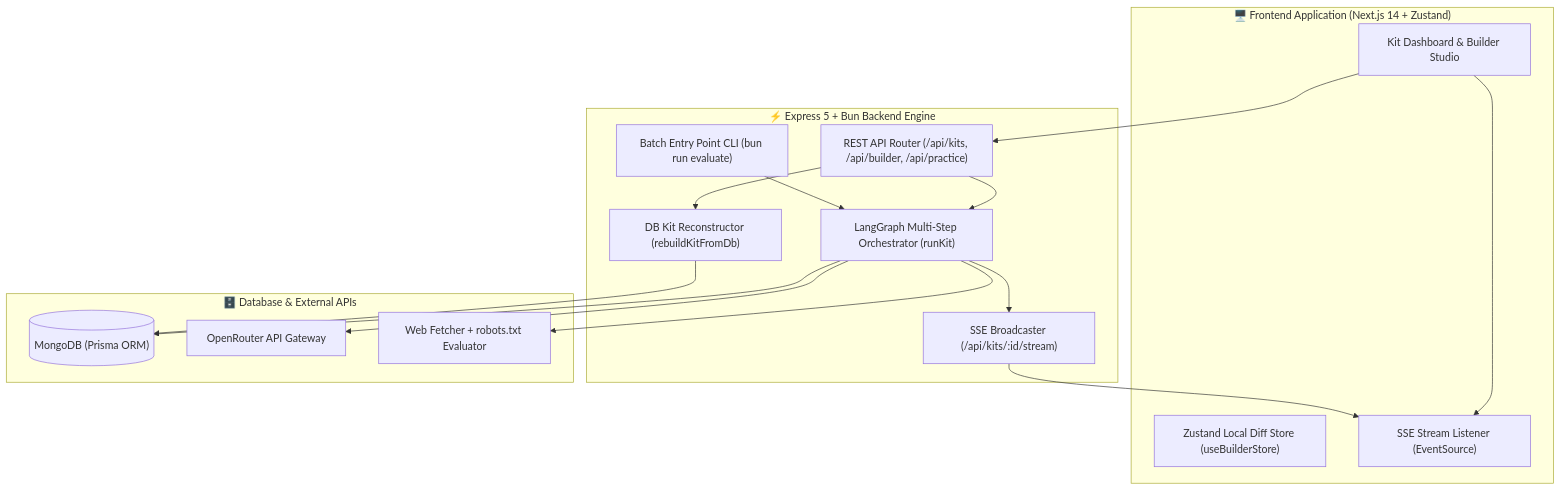
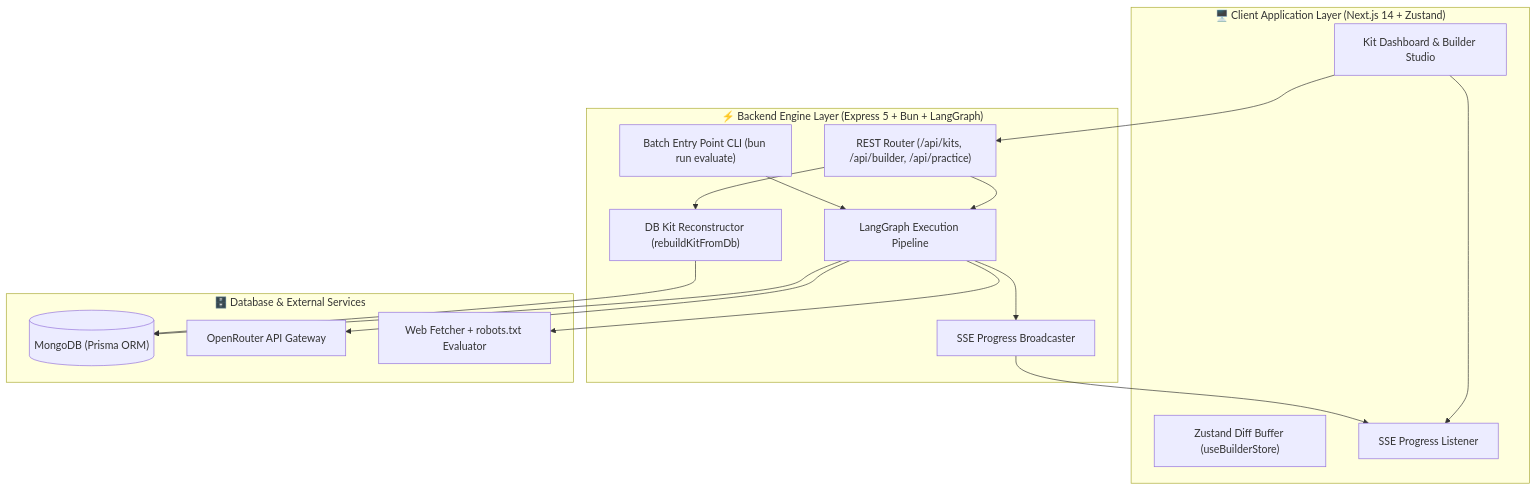
Before and after one commit to jamesnagar11/interview-prep-backend: the diagram in README.md, drawn with Mermaid.

Commit message:
docs: sync architecture diagram with root README

````diff
--- a/README.md
+++ b/README.md
@@ -176,34 +176,34 @@
 ```mermaid
 flowchart TB
-    subgraph ClientLayer["🖥️ Frontend Application (Next.js 14 + Zustand)"]
+    subgraph Frontend["🖥️ Client Application Layer (Next.js 14 + Zustand)"]
         UI["Kit Dashboard & Builder Studio"]
-        STORE["Zustand Local Diff Store (useBuilderStore)"]
-        SSE_CLIENT["SSE Stream Listener (EventSource)"]
+        Store["Zustand Diff Buffer (useBuilderStore)"]
+        SSE_Client["SSE Progress Listener"]
     end
 
-    subgraph BackendEngine["⚡ Express 5 + Bun Backend Engine"]
-        API["REST API Router (/api/kits, /api/builder, /api/practice)"]
-        SSE["SSE Broadcaster (/api/kits/:id/stream)"]
-        Pipeline["LangGraph Multi-Step Orchestrator (runKit)"]
+    subgraph Backend["⚡ Backend Engine Layer (Express 5 + Bun + LangGraph)"]
+        API["REST Router (/api/kits, /api/builder, /api/practice)"]
+        Streamer["SSE Progress Broadcaster"]
+        Pipeline["LangGraph Execution Pipeline"]
         Rebuilder["DB Kit Reconstructor (rebuildKitFromDb)"]
         EvalCLI["Batch Entry Point CLI (bun run evaluate)"]
     end
 
-    subgraph StorageLayer["🗄️ Database & External APIs"]
+    subgraph Services["🗄️ Database & External Services"]
         MongoDB[("MongoDB (Prisma ORM)")]
         LLM["OpenRouter API Gateway"]
         WebCrawler["Web Fetcher + robots.txt Evaluator"]
     end
 
     UI --> API
-    UI --> SSE_CLIENT
+    UI --> SSE_Client
     API --> Pipeline
     Pipeline --> WebCrawler
     Pipeline --> LLM
     Pipeline --> MongoDB
-    Pipeline --> SSE
-    SSE --> SSE_CLIENT
+    Pipeline --> Streamer
+    Streamer --> SSE_Client
     API --> Rebuilder
     Rebuilder --> MongoDB
     EvalCLI --> Pipeline
 ```
````
